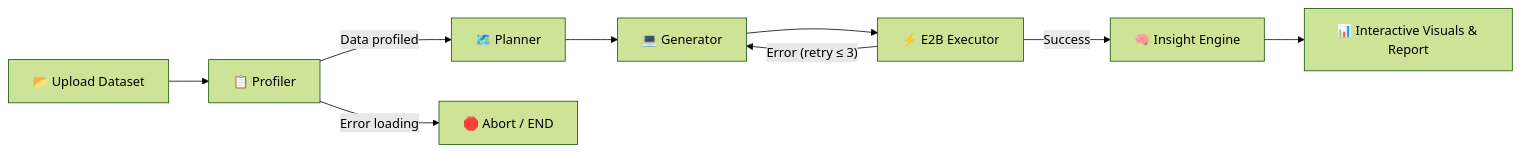
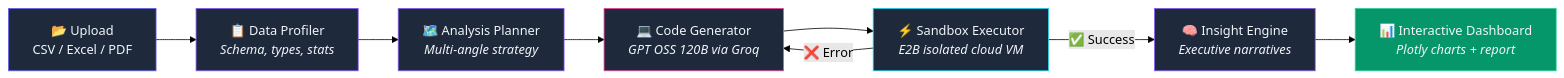
Before and after one commit to prvn-kumar01/Agentic-Data-Analyst: the diagram in README.md, drawn with Mermaid (forest theme). The commit also changed other lines of this file and 11 other files, not shown here.

````diff
--- a/README.md
+++ b/README.md
@@ -110,11 +92,18 @@
 ```mermaid
 graph LR
-    A["📂 Upload Dataset"] --> B["📋 Profiler"]
-    B -->|"Data profiled"| C["🗺️ Planner"]
-    B -->|"Error loading"| Z["🛑 Abort / END"]
-    C --> D["💻 Generator"]
-    D --> E["⚡ E2B Executor"]
-    E -->|"Success"| F["🧠 Insight Engine"]
-    E -->|"Error (retry ≤ 3)"| D
-    F --> G["📊 Interactive Visuals & Report"]
+    A["📂 Upload\nCSV / Excel / PDF"] --> B["📋 Data Profiler\n<i>Schema, types, stats</i>"]
+    B --> C["🗺️ Analysis Planner\n<i>Multi-angle strategy</i>"]
+    C --> D["💻 Code Generator\n<i>GPT OSS 120B via Groq</i>"]
+    D --> E["⚡ Sandbox Executor\n<i>E2B isolated cloud VM</i>"]
+    E -->|"✅ Success"| F["🧠 Insight Engine\n<i>Executive narratives</i>"]
+    E -->|"❌ Error"| D
+    F --> G["📊 Interactive Dashboard\n<i>Plotly charts + report</i>"]
+
+    style A fill:#1e293b,stroke:#6366f1,color:#f1f5f9
+    style B fill:#1e293b,stroke:#8b5cf6,color:#f1f5f9
+    style C fill:#1e293b,stroke:#8b5cf6,color:#f1f5f9
+    style D fill:#1e293b,stroke:#ec4899,color:#f1f5f9
+    style E fill:#1e293b,stroke:#22d3ee,color:#f1f5f9
+    style F fill:#1e293b,stroke:#8b5cf6,color:#f1f5f9
+    style G fill:#059669,stroke:#34d399,color:#f1f5f9
 ```
````
